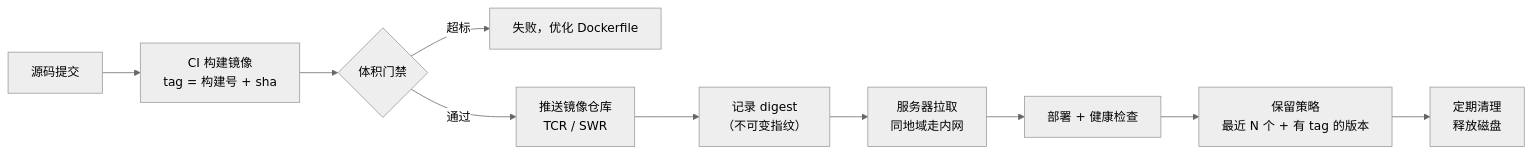
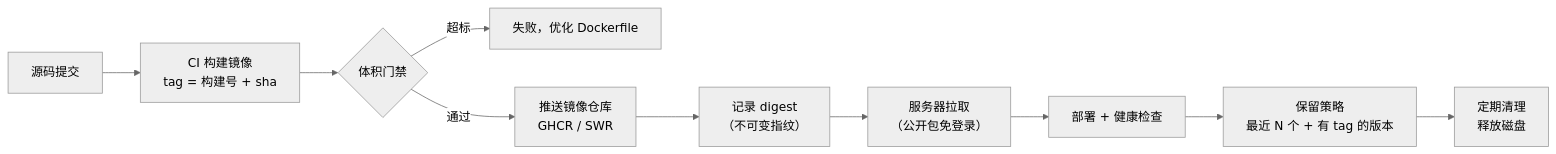
Before and after one commit to yuxmgit/cicd-tutorial: the diagram in docs/10-镜像与制品管理.md, drawn with Mermaid (neutral theme). The commit also changed other lines of this file and 22 other files, not shown here.

````diff
--- a/docs/10-镜像与制品管理.md
+++ b/docs/10-镜像与制品管理.md
@@ -30,12 +30,12 @@
 ```mermaid
 flowchart LR
     A["源码提交"] --> B["CI 构建镜像<br/>tag = 构建号 + sha"]
     B --> C{"体积门禁"}
     C -->|超标| X["失败，优化 Dockerfile"]
-    C -->|通过| D["推送镜像仓库<br/>TCR / SWR"]
+    C -->|通过| D["推送镜像仓库<br/>GHCR / SWR"]
     D --> E["记录 digest<br/>（不可变指纹）"]
-    E --> F["服务器拉取<br/>同地域走内网"]
+    E --> F["服务器拉取<br/>（公开包免登录）"]
     F --> G["部署 + 健康检查"]
     G --> H["保留策略<br/>最近 N 个 + 有 tag 的版本"]
     H --> I["定期清理<br/>释放磁盘"]
 ```
````
